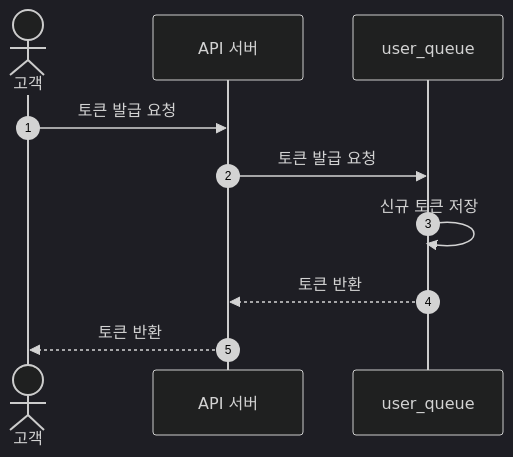
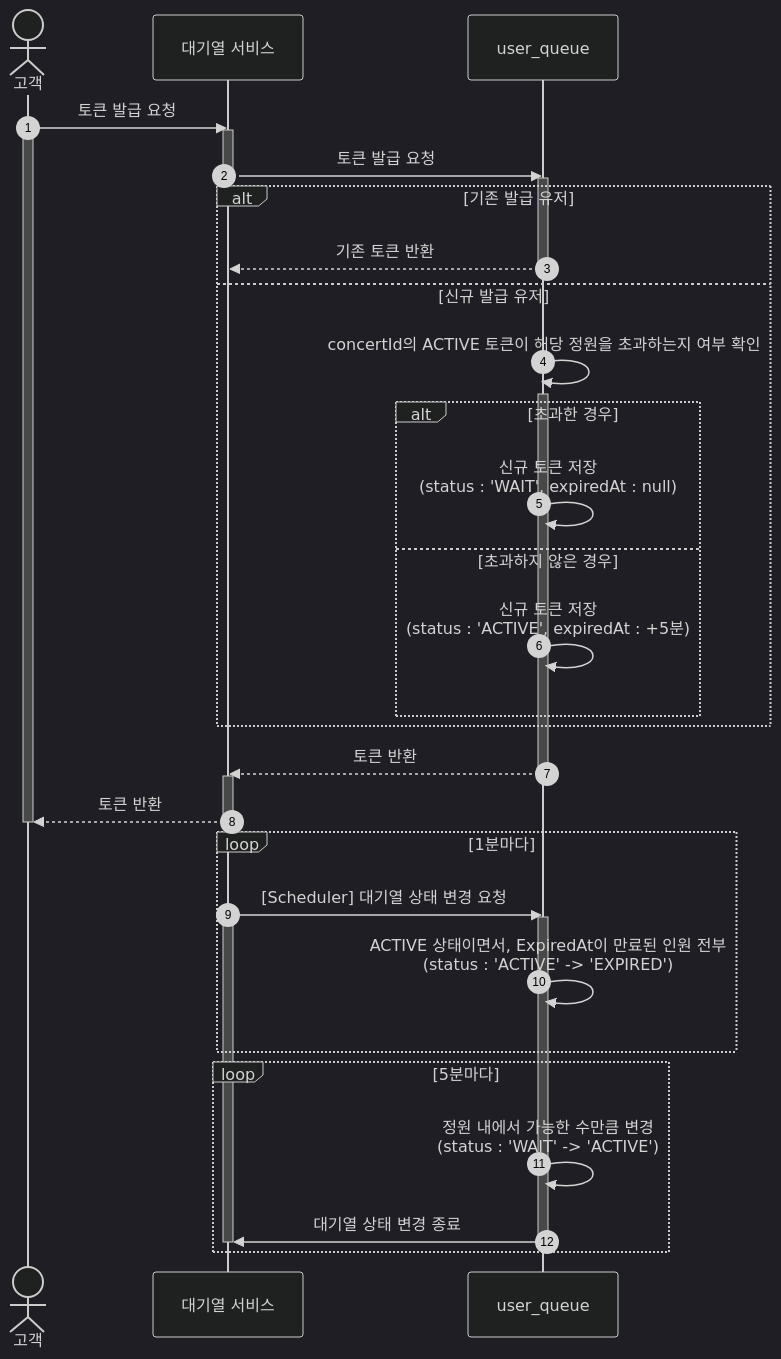
One commit to hwivelop/concert-reservation changed the first of 9 diagrams in docs/SEQUENCE.md. Above: the diagram before and after it, drawn with Mermaid (dark theme). The commit also changed other lines of this file and 3 other files, not shown here.

````diff
--- a/docs/SEQUENCE.md
+++ b/docs/SEQUENCE.md
@@ -3,14 +18,46 @@
 ```mermaid
 sequenceDiagram
     autonumber
 %%  선언부
     actor member as 고객
-    participant api as API 서버
+    participant api as 대기열 서비스
     participant queue as user_queue
 %%  구현부
     member ->> api: 토큰 발급 요청
+    activate member
+    activate api
     api ->> queue: 토큰 발급 요청
-    queue ->> queue: 신규 토큰 저장
+    deactivate api
+    activate queue
+    alt 기존 발급 유저
+       queue -->> api: 기존 토큰 반환
+    deactivate queue
+    else 신규 발급 유저
+    queue ->> queue: concertId의 ACTIVE 토큰이 해당 정원을 초과하는지 여부 확인
+    activate queue
+    alt 초과한 경우
+        queue ->> queue: 신규 토큰 저장<br>(status : 'WAIT', expiredAt : null)
+    else 초과하지 않은 경우
+        queue ->> queue: 신규 토큰 저장<br>(status : 'ACTIVE', expiredAt : +5분)
+    end
+    end
     queue -->> api: 토큰 반환
+    deactivate queue
+    activate api
     api -->> member: 토큰 반환
+    deactivate api
+    deactivate member
+%%    놀이공원 방식의 상태 변경
+    loop 1분마다
+        api ->> queue: [Scheduler] 대기열 상태 변경 요청
+        activate api
+        activate queue
+        queue ->> queue: ACTIVE 상태이면서, ExpiredAt이 만료된 인원 전부 <br>(status : 'ACTIVE' -> 'EXPIRED')
+    end
+    loop 5분마다
+        queue ->> queue: 정원 내에서 가능한 수만큼 변경<br>(status : 'WAIT' -> 'ACTIVE')
+        queue ->> api: 대기열 상태 변경 종료
+        deactivate queue
+        deactivate api
+    end
 ```
````
